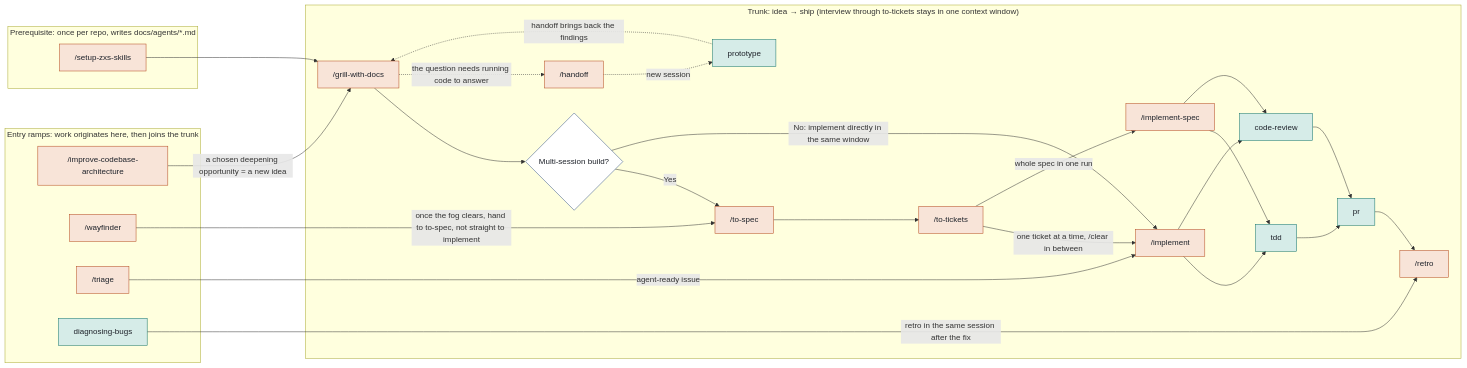
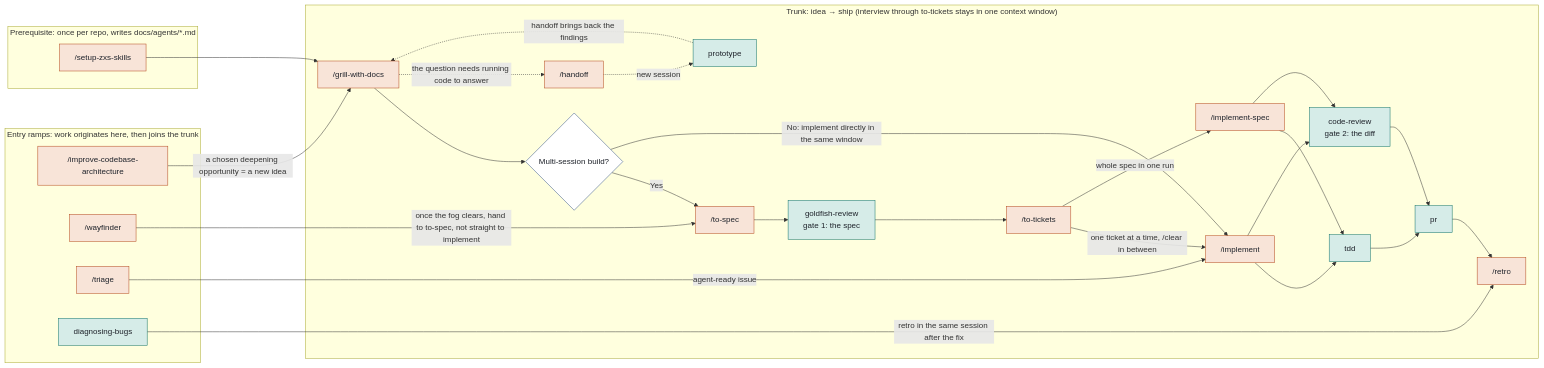
One commit to zxsong111/skills changed the first of 3 diagrams in SKILLS-MAP.md. Above: the diagram before and after it, drawn with Mermaid. The commit also changed other lines of this file and 26 other files, not shown here.

First line of the commit message:
add goldfish-review and the three goldfish reviewer agents

````diff
--- a/SKILLS-MAP.md
+++ b/SKILLS-MAP.md
@@ -11,48 +11,49 @@
 ```mermaid
 flowchart LR
   classDef user fill:#f8e4d8,stroke:#b4471a,color:#1e222a
   classDef model fill:#d6ece8,stroke:#0f7268,color:#1e222a
   classDef q fill:#fff,stroke:#2f4f85,color:#1e222a
 
   subgraph pre["Prerequisite: once per repo, writes docs/agents/*.md"]
     setup["/setup-zxs-skills"]:::user
   end
 
   subgraph ramps["Entry ramps: work originates here, then joins the trunk"]
     improve["/improve-codebase-architecture"]:::user
     way["/wayfinder"]:::user
     triage["/triage"]:::user
     diag["diagnosing-bugs"]:::model
   end
 
   subgraph main["Trunk: idea → ship (interview through to-tickets stays in one context window)"]
     grill["/grill-with-docs"]:::user
     q1{"Multi-session build?"}:::q
     spec["/to-spec"]:::user
+    goldfish["goldfish-review<br/>gate 1: the spec"]:::model
     tickets["/to-tickets"]:::user
     impl["/implement"]:::user
     implspec["/implement-spec"]:::user
     tdd["tdd"]:::model
-    review["code-review"]:::model
+    review["code-review<br/>gate 2: the diff"]:::model
     pr["pr"]:::model
     retro["/retro"]:::user
     handoff["/handoff"]:::user
     proto["prototype"]:::model
 
     grill --> q1
-    q1 -- Yes --> spec --> tickets
+    q1 -- Yes --> spec --> goldfish --> tickets
     tickets -- "one ticket at a time, /clear in between" --> impl
     tickets -- "whole spec in one run" --> implspec
     q1 -- "No: implement directly in the same window" --> impl
     impl --> tdd & review
     implspec --> tdd & review
     tdd & review --> pr --> retro
     grill -. "the question needs running code to answer" .-> handoff -. "new session" .-> proto -. "handoff brings back the findings" .-> grill
   end
 
   setup --> grill
   improve -- "a chosen deepening opportunity = a new idea" --> grill
   way -- "once the fog clears, hand to to-spec, not straight to implement" --> spec
   triage -- "agent-ready issue" --> impl
   diag -- "retro in the same session after the fix" --> retro
 ```
````
